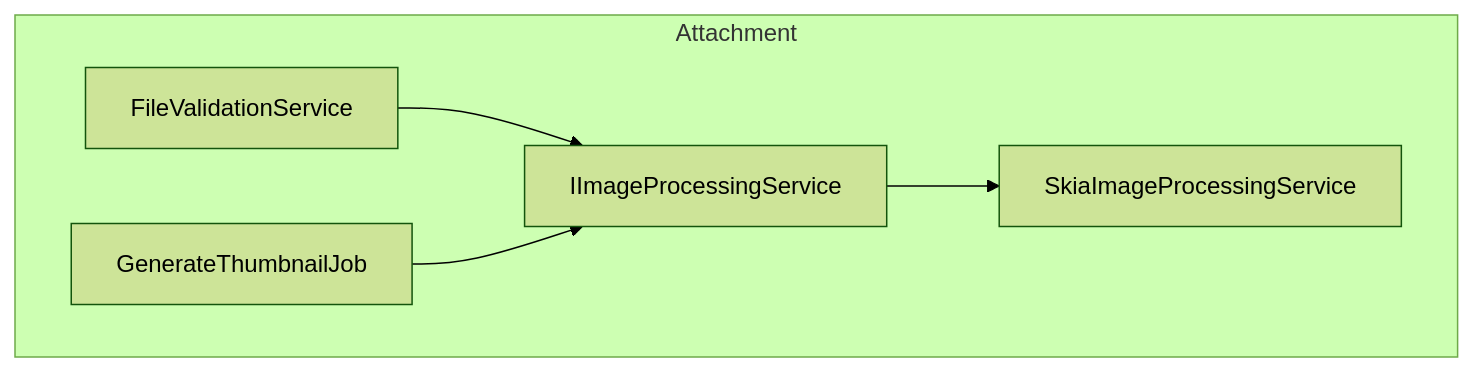
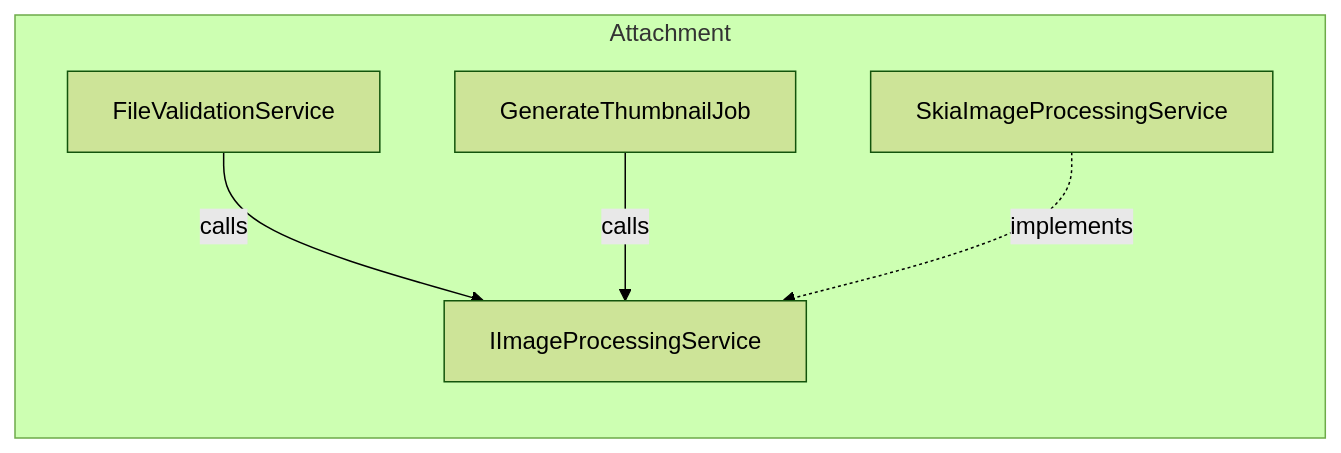
Before and after one commit to mhasabalah/StarterKit: the second of 7 diagrams in wiki/Reference/Diagram-Style.md, drawn with Mermaid (forest theme). The commit also changed other lines of this file and 152 other files, not shown here.

Commit message:
feat(docs): add Fumadocs V2 and standardize diagrams

````diff
--- a/wiki/Reference/Diagram-Style.md
+++ b/wiki/Reference/Diagram-Style.md
@@ -52,8 +106,14 @@
 ```mermaid
 flowchart TB
+  accTitle: Layers
+  accDescr: Attachment callers use an image-processing port implemented by the SkiaSharp adapter.
   subgraph Attachment
-    V[FileValidationService] --> P[IImageProcessingService]
-    J[GenerateThumbnailJob] --> P
-    P --> A[SkiaImageProcessingService]
+    direction TB
+    V[FileValidationService] -->|calls| P[IImageProcessingService]
+    J[GenerateThumbnailJob] -->|calls| P
+    A[SkiaImageProcessingService] -.->|implements| P
   end
+  class V,J application
+  class P,A infrastructure
+  class P port
 ```
````
